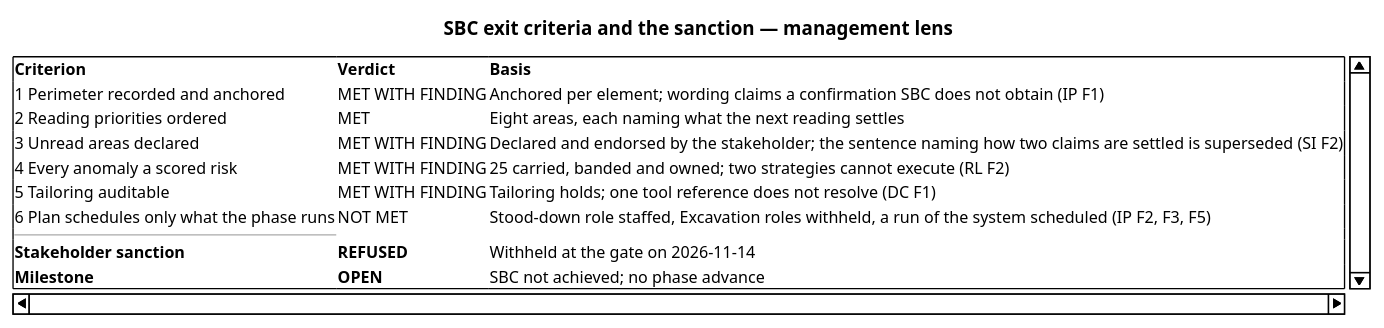
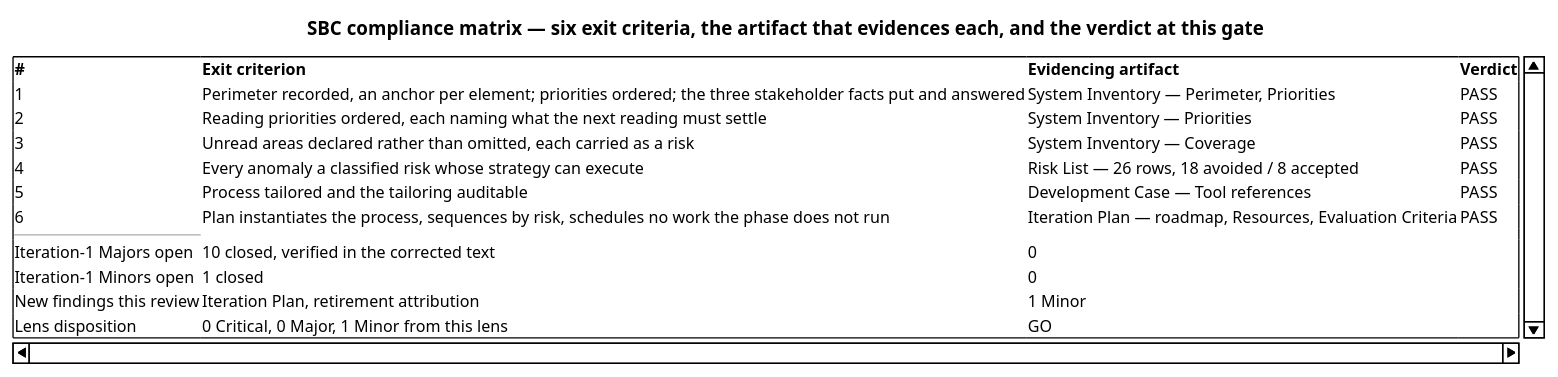
Before and after one commit to banense-test/TodoApp: the second of 13 diagrams in docs/artifacts/project-management/review-record.md, drawn with PlantUML. The commit also changed other lines of this file, not shown here.

First line of the commit message:
Management Reviewer [Survey2]: upsert Review Record

````diff
--- a/docs/artifacts/project-management/review-record.md
+++ b/docs/artifacts/project-management/review-record.md
@@ -158,19 +145,21 @@
 ```plantuml
 @startsalt
-title SBC exit criteria and the sanction — management lens
+title SBC compliance matrix — six exit criteria, the artifact that evidences each, and the verdict at this gate
 {
 {S
-<b>Criterion</b> | <b>Verdict</b> | <b>Basis</b>
-1 Perimeter recorded and anchored | MET WITH FINDING | Anchored per element; wording claims a confirmation SBC does not obtain (IP F1)
-2 Reading priorities ordered | MET | Eight areas, each naming what the next reading settles
-3 Unread areas declared | MET WITH FINDING | Declared and endorsed by the stakeholder; the sentence naming how two claims are settled is superseded (SI F2)
-4 Every anomaly a scored risk | MET WITH FINDING | 25 carried, banded and owned; two strategies cannot execute (RL F2)
-5 Tailoring auditable | MET WITH FINDING | Tailoring holds; one tool reference does not resolve (DC F1)
-6 Plan schedules only what the phase runs | NOT MET | Stood-down role staffed, Excavation roles withheld, a run of the system scheduled (IP F2, F3, F5)
+<b>#</b> | <b>Exit criterion</b> | <b>Evidencing artifact</b> | <b>Verdict</b>
+1 | Perimeter recorded, an anchor per element; priorities ordered; the three stakeholder facts put and answered | System Inventory — Perimeter, Priorities | PASS
+2 | Reading priorities ordered, each naming what the next reading must settle | System Inventory — Priorities | PASS
+3 | Unread areas declared rather than omitted, each carried as a risk | System Inventory — Coverage | PASS
+4 | Every anomaly a classified risk whose strategy can execute | Risk List — 26 rows, 18 avoided / 8 accepted | PASS
+5 | Process tailored and the tailoring auditable | Development Case — Tool references | PASS
+6 | Plan instantiates the process, sequences by risk, schedules no work the phase does not run | Iteration Plan — roadmap, Resources, Evaluation Criteria | PASS
 --
-<b>Stakeholder sanction</b> | <b>REFUSED</b> | Withheld at the gate on 2026-11-14
-<b>Milestone</b> | <b>OPEN</b> | SBC not achieved; no phase advance
+Iteration-1 Majors open | 10 closed, verified in the corrected text | 0
+Iteration-1 Minors open | 1 closed | 0
+New findings this review | Iteration Plan, retirement attribution | 1 Minor
+Lens disposition | 0 Critical, 0 Major, 1 Minor from this lens | GO
 }
 }
 @endsalt
 ```
````
